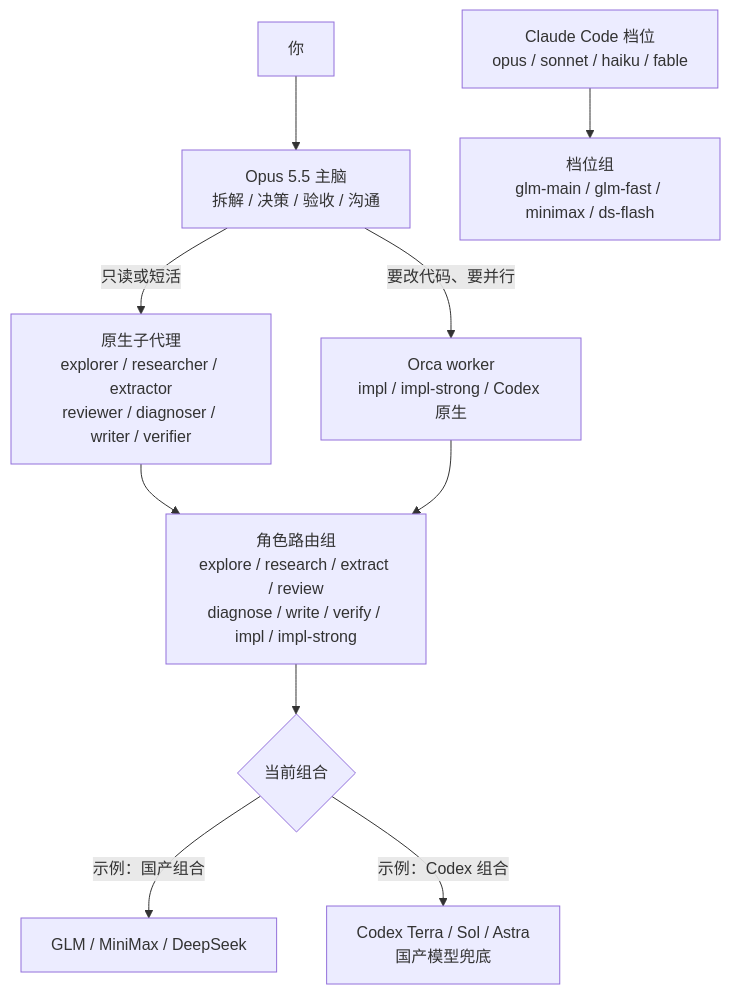
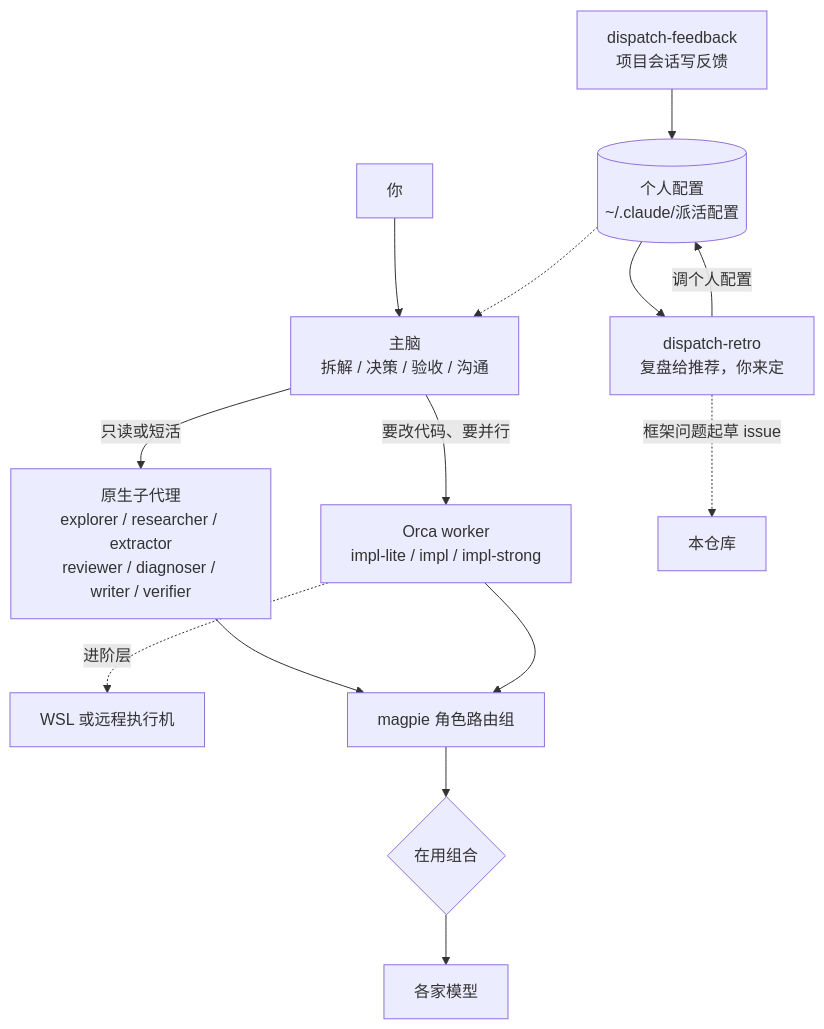
One commit to lordfine/agent-dispatch changed the diagram in README.md. Above: the diagram before and after it, drawn with Mermaid. The commit also changed other lines of this file and 62 other files, not shown here.

````diff
--- a/README.md
+++ b/README.md
@@ -30,16 +41,19 @@
 ```mermaid
 flowchart TD
-    U[你] --> B[Opus 5.5 主脑<br/>拆解 / 决策 / 验收 / 沟通]
+    U[你] --> B[主脑<br/>拆解 / 决策 / 验收 / 沟通]
 
     B -->|只读或短活| A[原生子代理<br/>explorer / researcher / extractor<br/>reviewer / diagnoser / writer / verifier]
-    B -->|要改代码、要并行| W[Orca worker<br/>impl / impl-strong / Codex 原生]
+    B -->|要改代码、要并行| W[Orca worker<br/>impl-lite / impl / impl-strong]
+    W -.->|进阶层| X[WSL 或远程执行机]
 
-    A --> R[角色路由组<br/>explore / research / extract / review<br/>diagnose / write / verify / impl / impl-strong]
+    A --> R[magpie 角色路由组]
     W --> R
+    R --> C{在用组合}
+    C --> M[各家模型]
 
-    R --> C{当前组合}
-    C -->|示例：国产组合| G[GLM / MiniMax / DeepSeek]
-    C -->|示例：Codex 组合| X[Codex Terra / Sol / Astra<br/>国产模型兜底]
-
-    S[Claude Code 档位<br/>opus / sonnet / haiku / fable] --> T[档位组<br/>glm-main / glm-fast / minimax / ds-flash]
+    P[(个人配置<br/>~/.claude/派活配置)] -.-> B
+    F[dispatch-feedback<br/>项目会话写反馈] --> P
+    P --> RT[dispatch-retro<br/>复盘给推荐，你来定]
+    RT -->|调个人配置| P
+    RT -.->|框架问题起草 issue| GH[本仓库]
 ```
````
